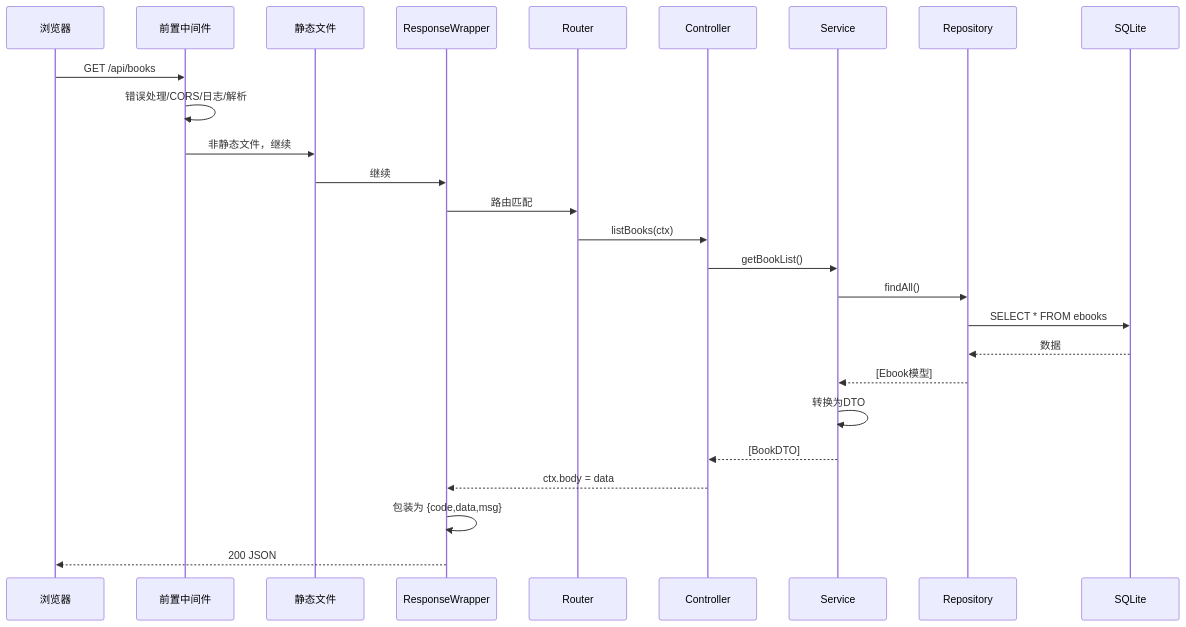
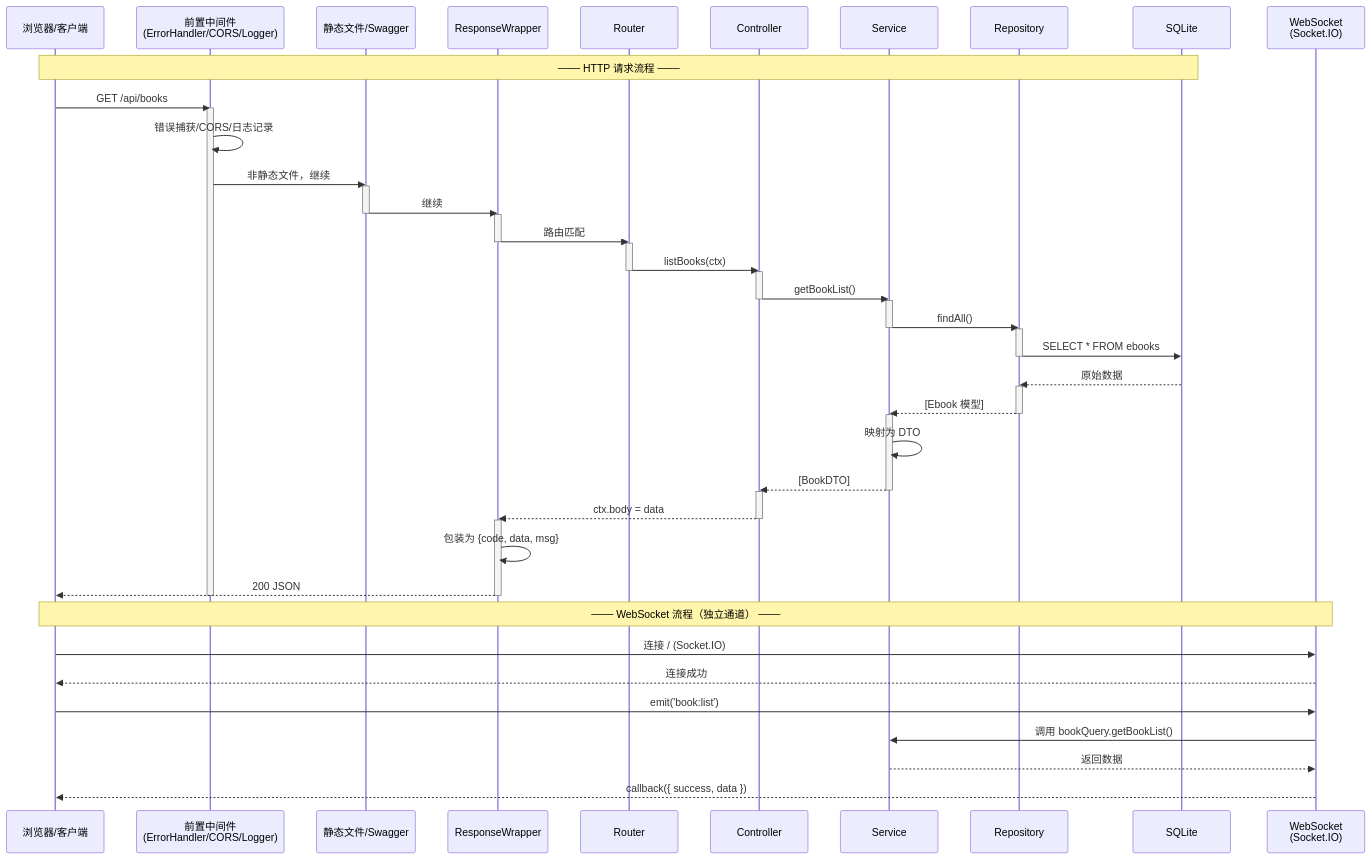
One commit to EbookWorkshop/Api-v4 changed the diagram in docs/sequence-diagram.mmd. Above: the diagram before and after it, drawn with Mermaid. The commit also changed 6 other files, not shown here.

```diff
--- a/docs/sequence-diagram.mmd
+++ b/docs/sequence-diagram.mmd
@@ -1,27 +1,61 @@
 sequenceDiagram
-    participant Client as 浏览器
-    participant MW as 前置中间件
-    participant Static as 静态文件
+    participant Client as 浏览器/客户端
+    participant PreMW as 前置中间件<br>(ErrorHandler/CORS/Logger)
+    participant Static as 静态文件/Swagger
     participant Wrapper as ResponseWrapper
     participant Router as Router
     participant Controller as Controller
     participant Service as Service
     participant Repo as Repository
     participant DB as SQLite
+    participant WS as WebSocket<br>(Socket.IO)
 
-    Client->>MW: GET /api/books
-    MW->>MW: 错误处理/CORS/日志/解析
-    MW->>Static: 非静态文件，继续
+    Note over Client,DB: ─── HTTP 请求流程 ───
+
+    Client->>PreMW: GET /api/books
+    activate PreMW
+    PreMW->>PreMW: 错误捕获/CORS/日志记录
+    PreMW->>Static: 非静态文件，继续
+    activate Static
     Static->>Wrapper: 继续
+    deactivate Static
+    activate Wrapper
     Wrapper->>Router: 路由匹配
+    deactivate Wrapper
+    activate Router
     Router->>Controller: listBooks(ctx)
+    deactivate Router
+    activate Controller
     Controller->>Service: getBookList()
+    deactivate Controller
+    activate Service
     Service->>Repo: findAll()
+    deactivate Service
+    activate Repo
     Repo->>DB: SELECT * FROM ebooks
-    DB-->>Repo: 数据
-    Repo-->>Service: [Ebook模型]
-    Service->>Service: 转换为DTO
+    deactivate Repo
+    DB-->>Repo: 原始数据
+    activate Repo
+    Repo-->>Service: [Ebook 模型]
+    deactivate Repo
+    activate Service
+    Service->>Service: 映射为 DTO
     Service-->>Controller: [BookDTO]
+    deactivate Service
+    activate Controller
     Controller-->>Wrapper: ctx.body = data
-    Wrapper->>Wrapper: 包装为 {code,data,msg}
+    deactivate Controller
+    activate Wrapper
+    Wrapper->>Wrapper: 包装为 {code, data, msg}
     Wrapper-->>Client: 200 JSON
+    deactivate Wrapper
+    deactivate PreMW
+
+    Note over Client,WS: ─── WebSocket 流程（独立通道） ───
+
+    Client->>WS: 连接 / (Socket.IO)
+    WS-->>Client: 连接成功
+    Client->>WS: emit('book:list')
+    WS->>Service: 调用 bookQuery.getBookList()
+    Service-->>WS: 返回数据
+    WS-->>Client: callback({ success, data })
```
